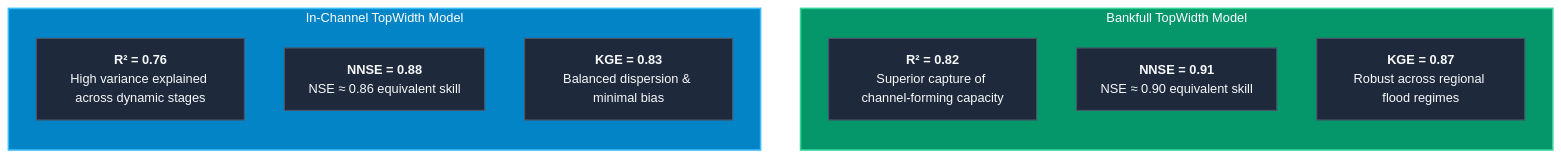
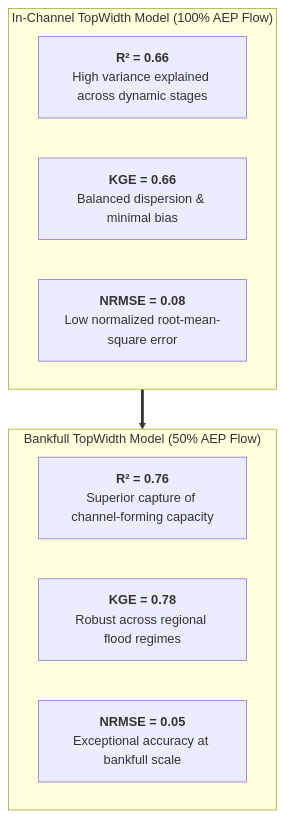
Before and after one commit to arashmodrad/ml_web: the diagram in docs/v1.0/tw/skill.md, drawn with Mermaid. The commit also changed other lines of this file and 40 other files, not shown here.

````diff
--- a/docs/v1.0/tw/skill.md
+++ b/docs/v1.0/tw/skill.md
@@ -39,24 +41,27 @@
 ```mermaid
-flowchart LR
-    subgraph IN_CHANNEL ["In-Channel TopWidth Model"]
-        direction TB
-        R2_IN["<b>R² = 0.76</b><br/>High variance explained across dynamic stages"]
-        NNSE_IN["<b>NNSE = 0.88</b><br/>NSE &approx; 0.86 equivalent skill"]
-        KGE_IN["<b>KGE = 0.83</b><br/>Balanced dispersion & minimal bias"]
+flowchart TD
+    subgraph IN_CHANNEL ["In-Channel TopWidth Model (100% AEP Flow)"]
+        direction LR
+        R2_IN["<b>R² = 0.66</b><br/>High variance explained across dynamic stages"]
+        KGE_IN["<b>KGE = 0.66</b><br/>Balanced dispersion & minimal bias"]
+        NRMSE_IN["<b>NRMSE = 0.08</b><br/>Low normalized root-mean-square error"]
     end
 
-    subgraph BANKFULL ["Bankfull TopWidth Model"]
-        direction TB
-        R2_BF["<b>R² = 0.82</b><br/>Superior capture of channel-forming capacity"]
-        NNSE_BF["<b>NNSE = 0.91</b><br/>NSE &approx; 0.90 equivalent skill"]
-        KGE_BF["<b>KGE = 0.87</b><br/>Robust across regional flood regimes"]
+    subgraph BANKFULL ["Bankfull TopWidth Model (50% AEP Flow)"]
+        direction LR
+        R2_BF["<b>R² = 0.76</b><br/>Superior capture of channel-forming capacity"]
+        KGE_BF["<b>KGE = 0.78</b><br/>Robust across regional flood regimes"]
+        NRMSE_BF["<b>NRMSE = 0.05</b><br/>Exceptional accuracy at bankfull scale"]
     end
 
-    IN_CHANNEL ~~~ BANKFULL
+    IN_CHANNEL ==> BANKFULL
 
-    classDef default fill:#1e293b,stroke:#475569,stroke-width:1.5px,color:#f8fafc;
-    classDef highlight fill:#0284c7,stroke:#38bdf8,stroke-width:2px,color:#ffffff;
-    classDef highlight2 fill:#059669,stroke:#34d399,stroke-width:2px,color:#ffffff;
-    class IN_CHANNEL highlight;
-    class BANKFULL highlight2;
+    class IN_CHANNEL highlight-blue;
+    class BANKFULL highlight-teal;
+    class R2_IN highlight-blue;
+    class KGE_IN highlight-blue;
+    class NRMSE_IN highlight-blue;
+    class R2_BF highlight-teal;
+    class KGE_BF highlight-teal;
+    class NRMSE_BF highlight-teal;
 ```
````
